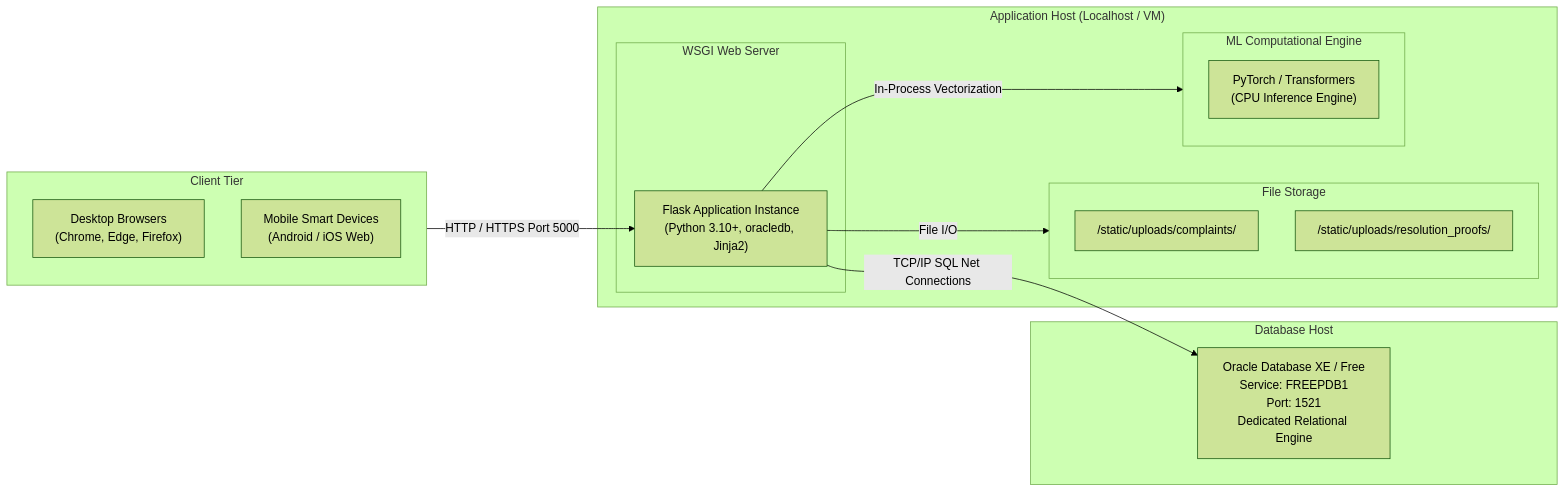
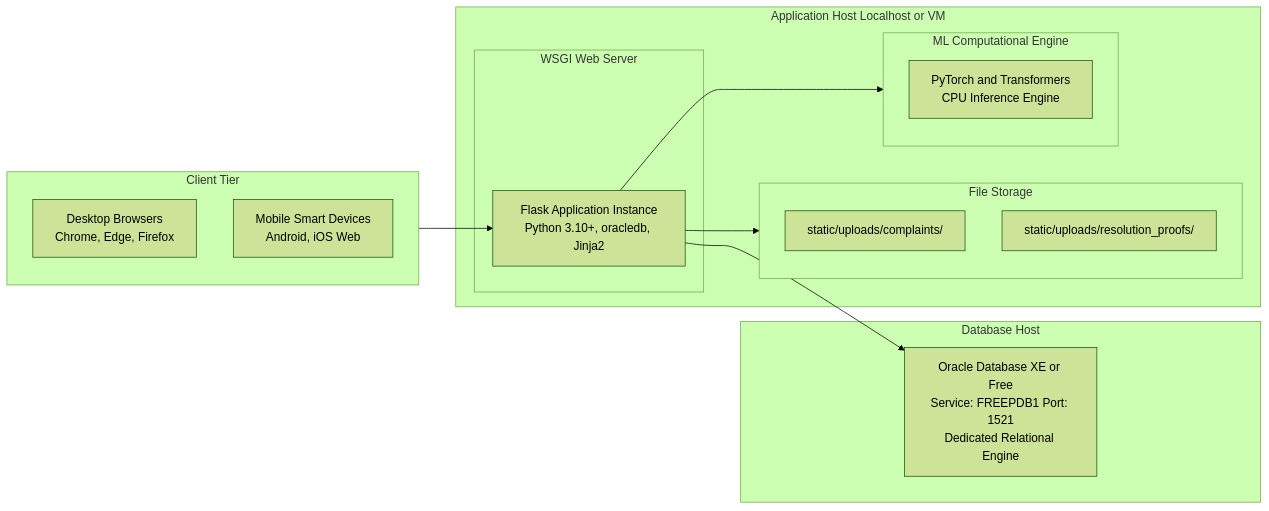
One commit to Sagarsen2001/CivicPulse changed diagram 11 of 11 in docs/system_architecture.md. Above: the diagram before and after it, drawn with Mermaid (forest theme). The commit also changed other lines of this file and 2 other files, not shown here.

````diff
--- a/docs/system_architecture.md
+++ b/docs/system_architecture.md
@@ -665,31 +645,31 @@
 ```mermaid
 flowchart LR
     subgraph Clients["Client Tier"]
-        Desktop["Desktop Browsers\n(Chrome, Edge, Firefox)"]
-        Mobile["Mobile Smart Devices\n(Android / iOS Web)"]
+        Desktop["Desktop Browsers<br/>Chrome, Edge, Firefox"]
+        Mobile["Mobile Smart Devices<br/>Android, iOS Web"]
     end
 
-    subgraph ServerTier["Application Host (Localhost / VM)"]
+    subgraph ServerTier["Application Host Localhost or VM"]
         subgraph WebServer["WSGI Web Server"]
-            Flask["Flask Application Instance\n(Python 3.10+, oracledb, Jinja2)"]
+            Flask["Flask Application Instance<br/>Python 3.10+, oracledb, Jinja2"]
         end
 
         subgraph Storage["File Storage"]
-            UploadsComplaints["/static/uploads/complaints/"]
-            UploadsProofs["/static/uploads/resolution_proofs/"]
+            UploadsComplaints["static/uploads/complaints/"]
+            UploadsProofs["static/uploads/resolution_proofs/"]
         end
 
         subgraph MLWorker["ML Computational Engine"]
-            PyTorch["PyTorch / Transformers\n(CPU Inference Engine)"]
+            PyTorch["PyTorch and Transformers<br/>CPU Inference Engine"]
         end
     end
 
     subgraph DatabaseTier["Database Host"]
-        OracleService["Oracle Database XE / Free\nService: FREEPDB1\nPort: 1521\nDedicated Relational Engine"]
+        OracleService["Oracle Database XE or Free<br/>Service: FREEPDB1 Port: 1521<br/>Dedicated Relational Engine"]
     end
 
-    Clients -->|HTTP / HTTPS Port 5000| Flask
-    Flask -->|File I/O| Storage
-    Flask -->|In-Process Vectorization| MLWorker
-    Flask -->|TCP/IP SQL Net Connections| OracleService
+    Clients --> Flask
+    Flask --> Storage
+    Flask --> MLWorker
+    Flask --> OracleService
 ```
````
